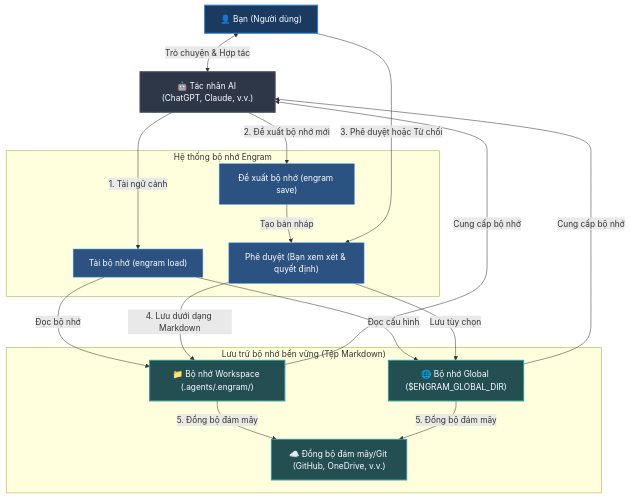
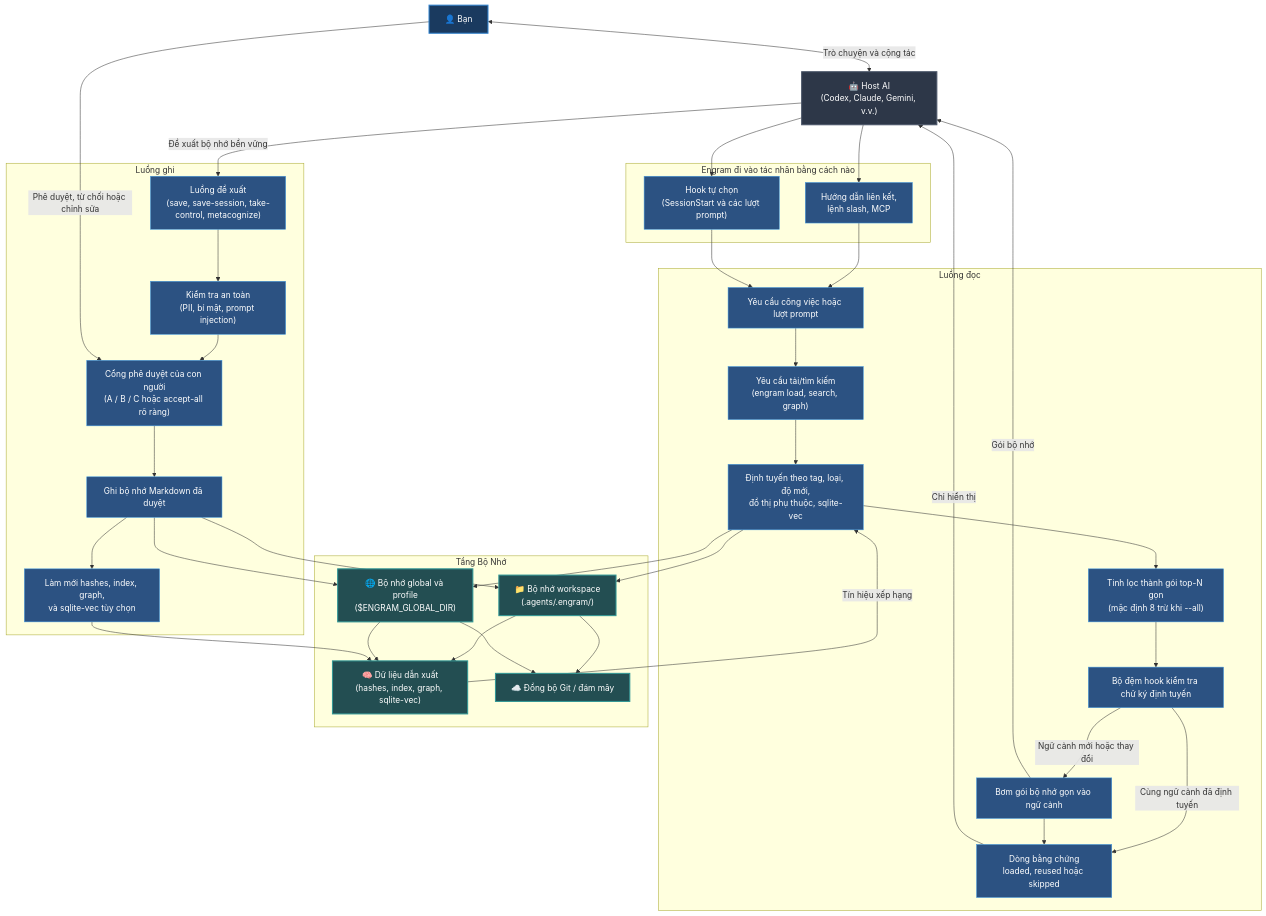
One commit to the-long-ride/engram changed the diagram in documentation/vi/README.md. Above: the diagram before and after it, drawn with Mermaid. The commit also changed other lines of this file and 19 other files, not shown here.

Commit message:
docs: refresh proof and architecture docs

````diff
--- a/documentation/vi/README.md
+++ b/documentation/vi/README.md
@@ -27,39 +27,71 @@
 ```mermaid
 graph TD
-    %% Styling
-    classDef default fill:#111,stroke:#333,stroke-width:1px,color:#fff;
     classDef human fill:#1a3a5f,stroke:#3182ce,stroke-width:2px,color:#fff;
     classDef agent fill:#2d3748,stroke:#4a5568,stroke-width:2px,color:#fff;
     classDef storage fill:#234e52,stroke:#319795,stroke-width:2px,color:#fff;
     classDef action fill:#2c5282,stroke:#4299e1,stroke-width:1px,color:#fff;
 
-    User["👤 Bạn (Người dùng)"]:::human
-    AI["🤖 Tác nhân AI (ChatGPT, Claude, v.v.)"]:::agent
+    User["👤 Bạn"]:::human
+    AI["🤖 Host AI\n(Codex, Claude, Gemini, v.v.)"]:::agent
 
-    subgraph Engram ["Hệ thống bộ nhớ Engram"]
-        Load["Tải bộ nhớ (engram load)"]:::action
-        Propose["Đề xuất bộ nhớ (engram save)"]:::action
-        Review["Phê duyệt (Bạn xem xét & quyết định)"]:::action
+    subgraph Entry ["Engram đi vào tác nhân bằng cách nào"]
+        Links["Hướng dẫn liên kết,\nlệnh slash, MCP"]:::action
+        Hooks["Hook tự chọn\n(SessionStart và các lượt prompt)"]:::action
     end
 
-    subgraph Storage ["Lưu trữ bộ nhớ bền vững (Tệp Markdown)"]
-        LocalStore["📁 Bộ nhớ Workspace (.agents/.engram/)"]:::storage
-        GlobalStore["🌐 Bộ nhớ Global ($ENGRAM_GLOBAL_DIR)"]:::storage
-        SyncStore["☁️ Đồng bộ đám mây/Git (GitHub, OneDrive, v.v.)"]:::storage
+    subgraph Read ["Luồng đọc"]
+        Trigger["Yêu cầu công việc hoặc lượt prompt"]:::action
+        Load["Yêu cầu tải/tìm kiếm\n(engram load, search, graph)"]:::action
+        Route["Định tuyến theo tag, loại, độ mới,\nđồ thị phụ thuộc, sqlite-vec"]:::action
+        Refine["Tinh lọc thành gói top-N gọn\n(mặc định 8 trừ khi --all)"]:::action
+        Cache["Bộ đệm hook kiểm tra chữ ký định tuyến"]:::action
+        Inject["Bơm gói bộ nhớ gọn vào ngữ cảnh"]:::action
+        Proof["Dòng bằng chứng\nloaded, reused hoặc skipped"]:::action
     end
 
-    %% Interactions
-    User <-->|Trò chuyện & Hợp tác| AI
-    AI -->|1. Tải ngữ cảnh| Load
-    Load -->|Đọc bộ nhớ| LocalStore
-    Load -->|Đọc cấu hình| GlobalStore
-    LocalStore & GlobalStore -->|Cung cấp bộ nhớ| AI
+    subgraph Write ["Luồng ghi"]
+        Proposal["Luồng đề xuất\n(save, save-session, take-control, metacognize)"]:::action
+        Scan["Kiểm tra an toàn\n(PII, bí mật, prompt injection)"]:::action
+        Review["Cổng phê duyệt của con người\n(A / B / C hoặc accept-all rõ ràng)"]:::action
+        Persist["Ghi bộ nhớ Markdown đã duyệt"]:::action
+        Rebuild["Làm mới hashes, index, graph,\nvà sqlite-vec tùy chọn"]:::action
+    end
 
-    AI -->|2. Đề xuất bộ nhớ mới| Propose
-    Propose -->|Tạo bản nháp| Review
-    User -->|3. Phê duyệt hoặc Từ chối| Review
-    Review -->|4. Lưu dưới dạng Markdown| LocalStore
-    Review -->|Lưu tùy chọn| GlobalStore
-    LocalStore -->|5. Đồng bộ đám mây| SyncStore
-    GlobalStore -->|5. Đồng bộ đám mây| SyncStore
+    subgraph Memory ["Tầng Bộ Nhớ"]
+        Workspace["📁 Bộ nhớ workspace\n(.agents/.engram/)"]:::storage
+        Global["🌐 Bộ nhớ global và profile\n($ENGRAM_GLOBAL_DIR)"]:::storage
+        Derived["🧠 Dữ liệu dẫn xuất\n(hashes, index, graph, sqlite-vec)"]:::storage
+        Sync["☁️ Đồng bộ Git / đám mây"]:::storage
+    end
+
+    User <-->|Trò chuyện và cộng tác| AI
+    AI --> Links
+    AI --> Hooks
+    Links --> Trigger
+    Hooks --> Trigger
+    Trigger --> Load
+    Load --> Route
+    Route --> Workspace
+    Route --> Global
+    Workspace --> Derived
+    Global --> Derived
+    Derived -->|Tín hiệu xếp hạng| Route
+    Route --> Refine
+    Refine --> Cache
+    Cache -->|Ngữ cảnh mới hoặc thay đổi| Inject
+    Cache -->|Cùng ngữ cảnh đã định tuyến| Proof
+    Inject -->|Gói bộ nhớ| AI
+    Inject --> Proof
+    Proof -->|Chỉ hiển thị| AI
+    AI -->|Đề xuất bộ nhớ bền vững| Proposal
+    Proposal --> Scan
+    Scan --> Review
+    User -->|Phê duyệt, từ chối hoặc chỉnh sửa| Review
+    Review --> Persist
+    Persist --> Workspace
+    Persist --> Global
+    Persist --> Rebuild
+    Rebuild --> Derived
+    Workspace --> Sync
+    Global --> Sync
 ```
````
